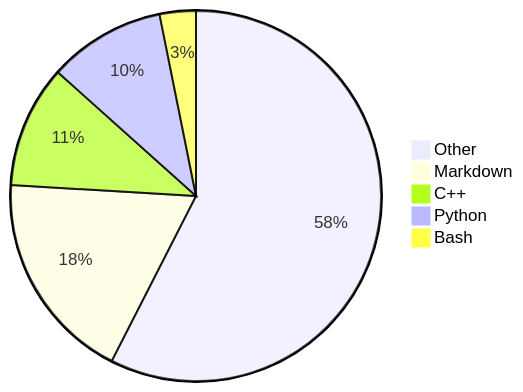
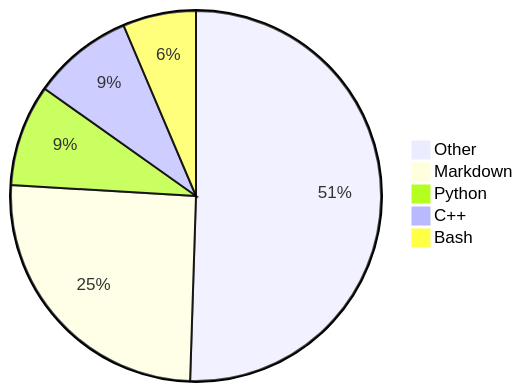
One commit to Alicia111/alicia111 changed the diagram in README.md. Above: the diagram before and after it, drawn with Mermaid.

Commit message:
Update WakaTime stats (・ω・)b

````diff
--- a/README.md
+++ b/README.md
@@ -32,8 +32,8 @@
 ```mermaid
 pie
-    "Other" : 56.28
-    "Markdown" : 18.03
-    "C++" : 10.45
-    "Python" : 10.0
-    "Bash" : 3.09
+    "Other" : 46.37
+    "Markdown" : 23.35
+    "Python" : 8.15
+    "C++" : 8.07
+    "Bash" : 5.87
 ```
````
